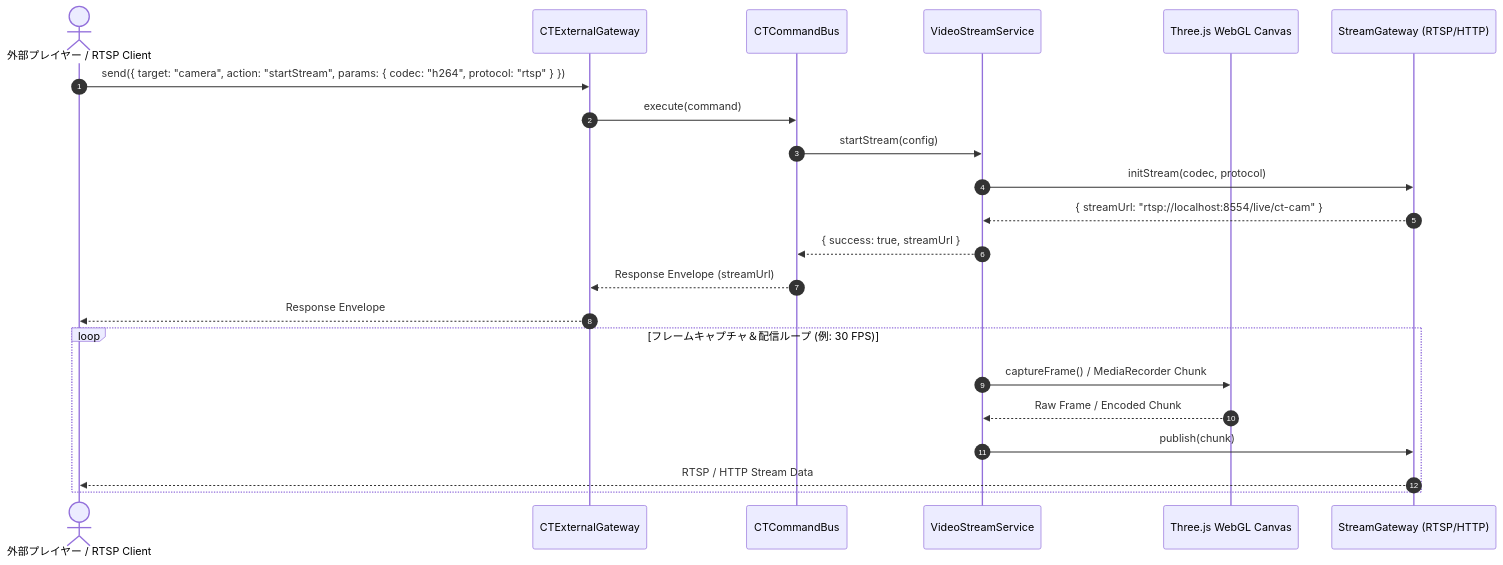
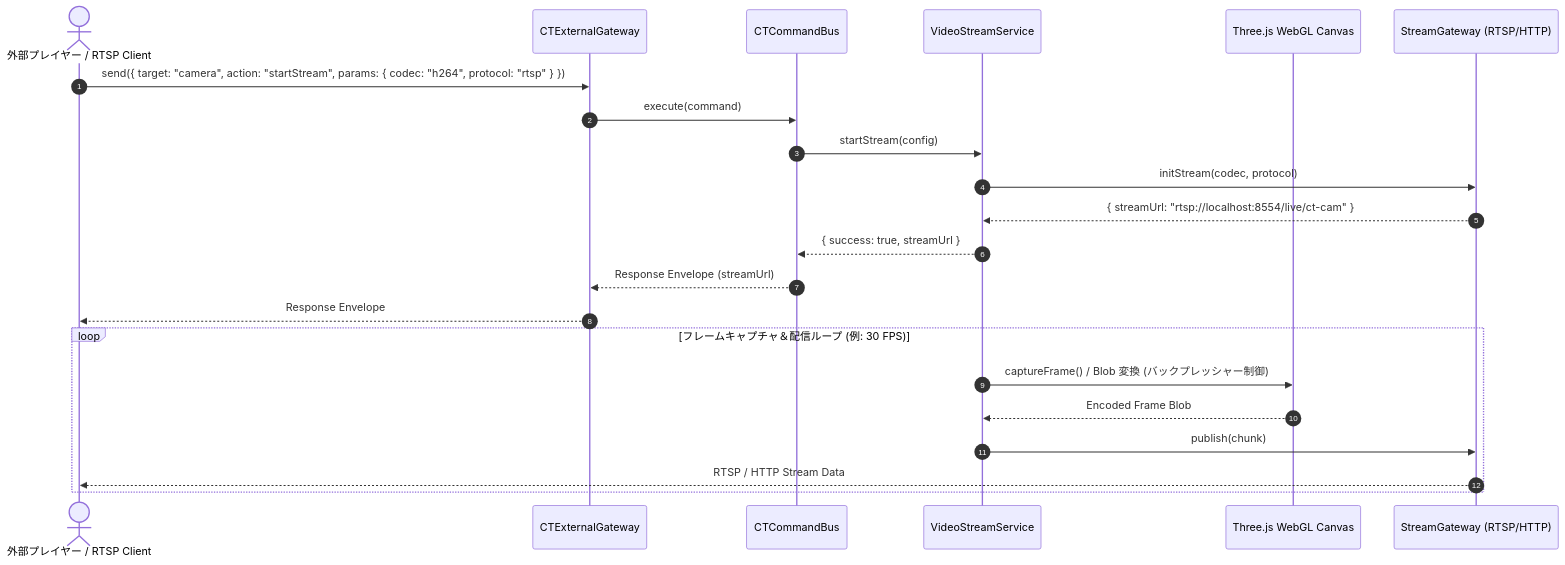
Before and after one commit to yskforest/sim_stream: the fifth of 7 diagrams in docs/02_architecture_design.md, drawn with Mermaid. The commit also changed other lines of this file and 6 other files, not shown here.

````diff
--- a/docs/02_architecture_design.md
+++ b/docs/02_architecture_design.md
@@ -212,26 +246,26 @@
 ```mermaid
 sequenceDiagram
     autonumber
     actor Client as 外部プレイヤー / RTSP Client
     participant Gateway as CTExternalGateway
     participant Bus as CTCommandBus
     participant StreamSvc as VideoStreamService
     participant Canvas as Three.js WebGL Canvas
     participant StreamGw as StreamGateway (RTSP/HTTP)
 
     Client->>Gateway: send({ target: "camera", action: "startStream", params: { codec: "h264", protocol: "rtsp" } })
     Gateway->>Bus: execute(command)
     Bus->>StreamSvc: startStream(config)
     StreamSvc->>StreamGw: initStream(codec, protocol)
     StreamGw-->>StreamSvc: { streamUrl: "rtsp://localhost:8554/live/ct-cam" }
     StreamSvc-->>Bus: { success: true, streamUrl }
     Bus-->>Gateway: Response Envelope (streamUrl)
     Gateway-->>Client: Response Envelope
 
     loop フレームキャプチャ＆配信ループ (例: 30 FPS)
-        StreamSvc->>Canvas: captureFrame() / MediaRecorder Chunk
-        Canvas-->>StreamSvc: Raw Frame / Encoded Chunk
+        StreamSvc->>Canvas: captureFrame() / Blob 変換 (バックプレッシャー制御)
+        Canvas-->>StreamSvc: Encoded Frame Blob
         StreamSvc->>StreamGw: publish(chunk)
         StreamGw-->>Client: RTSP / HTTP Stream Data
     end
 ```
````
